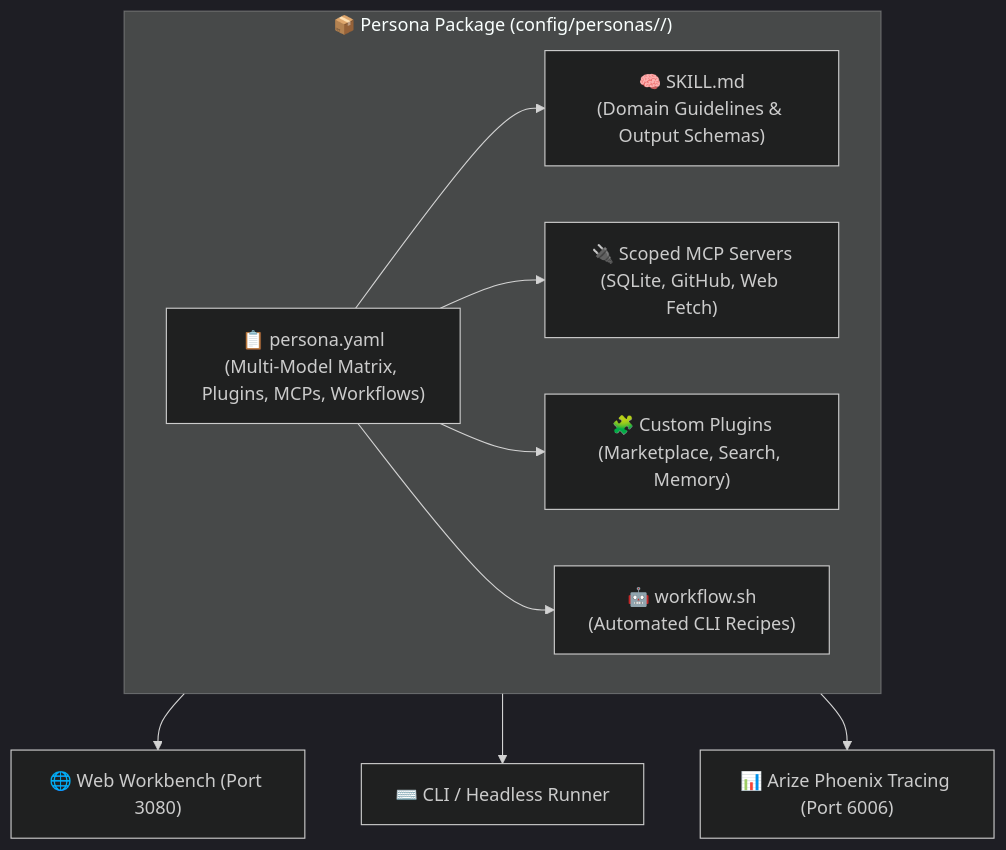
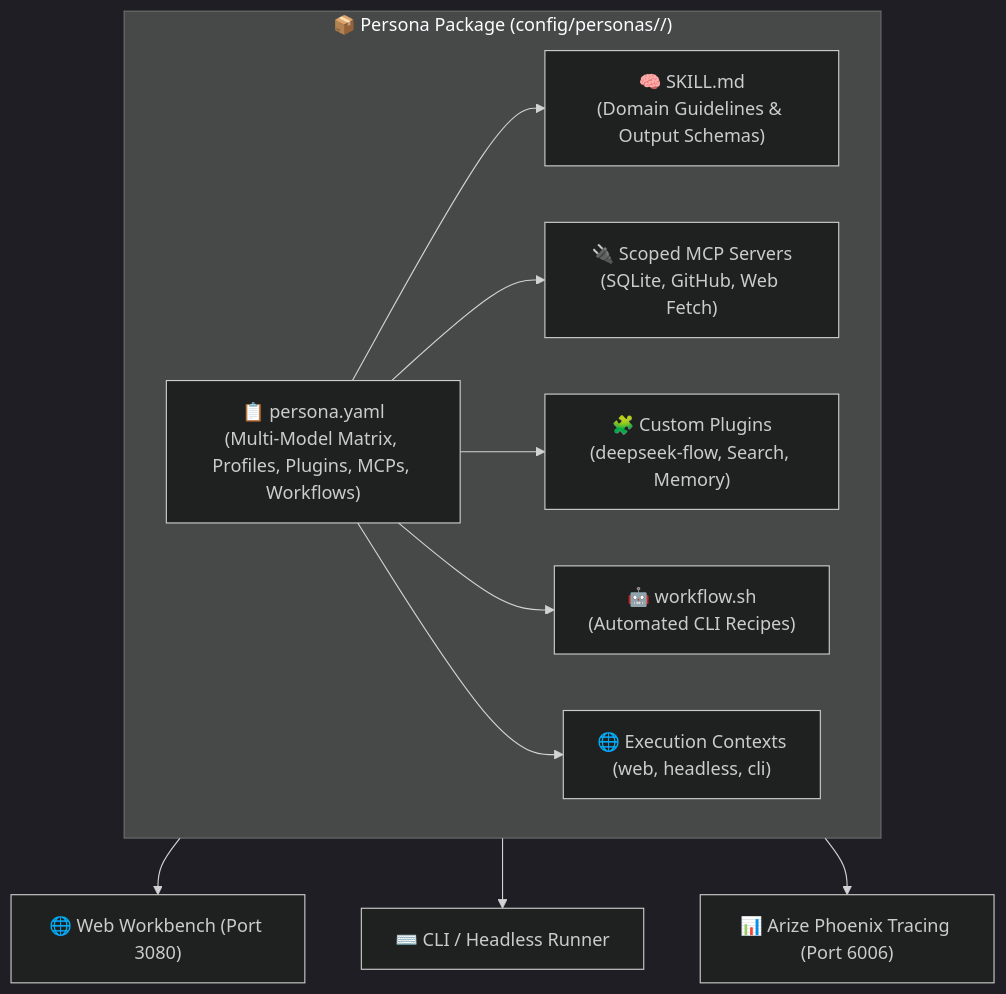
The first of 3 diagrams in docs/personas.md (hdjebar/DSH-DDS), drawn with Mermaid (dark theme) before and after one commit. The commit also changed other lines of this file and 17 other files, not shown here.

Commit message:
feat(personas): add Execution Context Profiles (profiles) to persona architecture and CLI runner

````diff
--- a/docs/personas.md
+++ b/docs/personas.md
@@ -14,19 +15,21 @@
 ```mermaid
 flowchart TD
     subgraph Package ["📦 Persona Package (config/personas/<name>/)"]
-        MANIFEST["📋 persona.yaml\n(Multi-Model Matrix, Plugins, MCPs, Workflows)"]
+        MANIFEST["📋 persona.yaml\n(Multi-Model Matrix, Profiles, Plugins, MCPs, Workflows)"]
         SKILL["🧠 SKILL.md\n(Domain Guidelines & Output Schemas)"]
         WORKFLOW["🤖 workflow.sh\n(Automated CLI Recipes)"]
         MCPS["🔌 Scoped MCP Servers\n(SQLite, GitHub, Web Fetch)"]
-        PLUGS["🧩 Custom Plugins\n(Marketplace, Search, Memory)"]
+        PLUGS["🧩 Custom Plugins\n(deepseek-flow, Search, Memory)"]
+        PROFILES["🌐 Execution Contexts\n(web, headless, cli)"]
     end
 
     MANIFEST --> SKILL
     MANIFEST --> MCPS
     MANIFEST --> PLUGS
     MANIFEST --> WORKFLOW
+    MANIFEST --> PROFILES
     
     Package --> WEB["🌐 Web Workbench (Port 3080)"]
     Package --> CLI["⌨️ CLI / Headless Runner"]
     Package --> PHOENIX["📊 Arize Phoenix Tracing (Port 6006)"]
 ```
````
